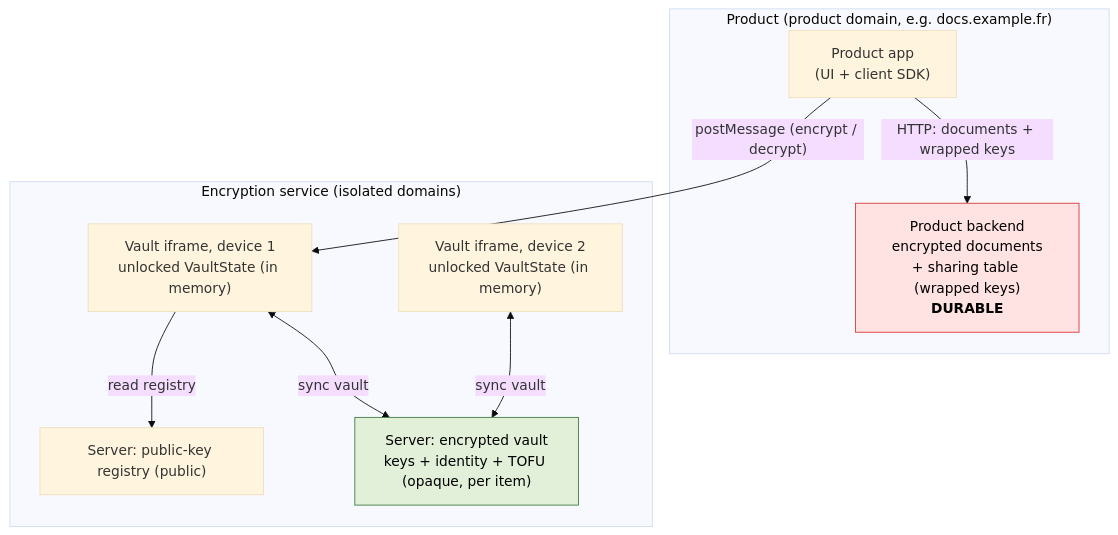
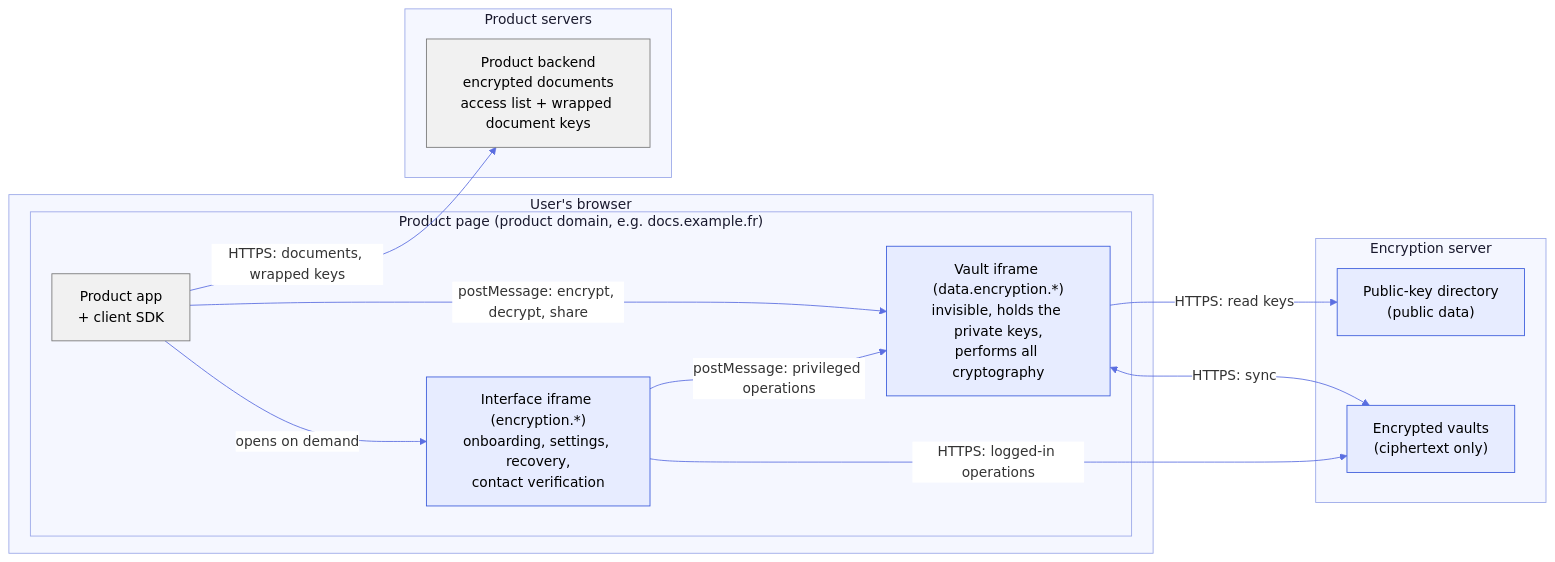
The first of 21 diagrams in architecture.md (suitenumerique/encryption), drawn with Mermaid before and after one commit. The commit also changed other lines of this file, not shown here.

Commit message:
chore(docs): improve architecture content + reorder

````diff
--- a/architecture.md
+++ b/architecture.md
@@ -52,23 +212,29 @@
 ```mermaid
-%%{init: {'theme':'base'}}%%
-flowchart TB
-  subgraph PROD["Product (product domain, e.g. docs.example.fr)"]
-    PF["Product app<br/>(UI + client SDK)"]
-    PB["Product backend<br/>encrypted documents<br/>+ sharing table (wrapped keys)<br/><b>DURABLE</b>"]
+%%{init: {'theme':'base','themeVariables':{'lineColor':'#5b6ee0','edgeLabelBackground':'#ffffff','clusterBkg':'#f5f7ff','clusterBorder':'#9aa7e8','titleColor':'#1a1a2e'},'themeCSS':'.edgeLabel p{background-color:#ffffff;color:#444;font-style:italic;border:1px solid #b5b5b5;padding:2px 8px;border-radius:10px;margin:0;} .edgeLabel .labelBkg{background:transparent;}'}}%%
+flowchart LR
+  subgraph BROWSER["User's browser"]
+    subgraph PAGE["Product page (product domain, e.g. docs.example.fr)"]
+      PF["Product app<br/>+ client SDK"]
+      VI["Vault iframe (data.encryption.*)<br/>invisible, holds the private keys,<br/>performs all cryptography"]
+      UI["Interface iframe (encryption.*)<br/>onboarding, settings, recovery,<br/>contact verification"]
+    end
   end
-  subgraph ENC["Encryption service (isolated domains)"]
-    VF1["Vault iframe, device 1<br/>unlocked VaultState (in memory)"]
-    VF2["Vault iframe, device 2<br/>unlocked VaultState (in memory)"]
-    REG["Server: public-key registry (public)"]
-    COF["Server: encrypted vault<br/>keys + identity + TOFU (opaque, per item)"]
+  subgraph PSRV["Product servers"]
+    PB["Product backend<br/>encrypted documents<br/>access list + wrapped document keys"]
   end
-  PF -->|"postMessage (encrypt / decrypt)"| VF1
-  PF -->|"HTTP: documents + wrapped keys"| PB
-  VF1 -->|"read registry"| REG
-  VF1 <-->|"sync vault"| COF
-  VF2 <-->|"sync vault"| COF
-  classDef durable fill:#e2f0d9,stroke:#3c763d,color:#000;
-  classDef perm fill:#ffe2e2,stroke:#d33,color:#000;
-  class PB perm;
-  class COF durable;
+  subgraph ESRV["Encryption server"]
+    REG["Public-key directory<br/>(public data)"]
+    EV["Encrypted vaults<br/>(ciphertext only)"]
+  end
+  PF -->|"postMessage: encrypt, decrypt, share"| VI
+  PF -->|"opens on demand"| UI
+  UI -->|"postMessage: privileged operations"| VI
+  PF -->|"HTTPS: documents, wrapped keys"| PB
+  VI -->|"HTTPS: read keys"| REG
+  VI <-->|"HTTPS: sync"| EV
+  UI -->|"HTTPS: logged-in operations"| EV
+  classDef enc fill:#e7ecff,stroke:#3b5bdb,color:#000;
+  classDef prod fill:#f1f1f1,stroke:#777,color:#000;
+  class VI,UI,REG,EV enc;
+  class PF,PB prod;
 ```
````
